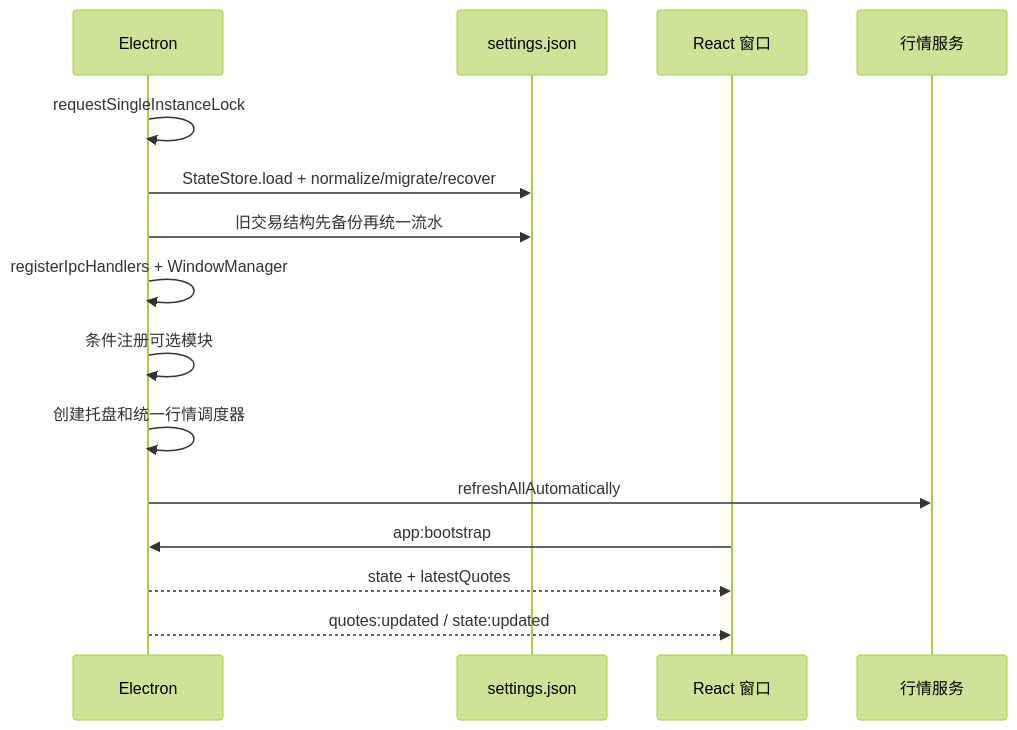
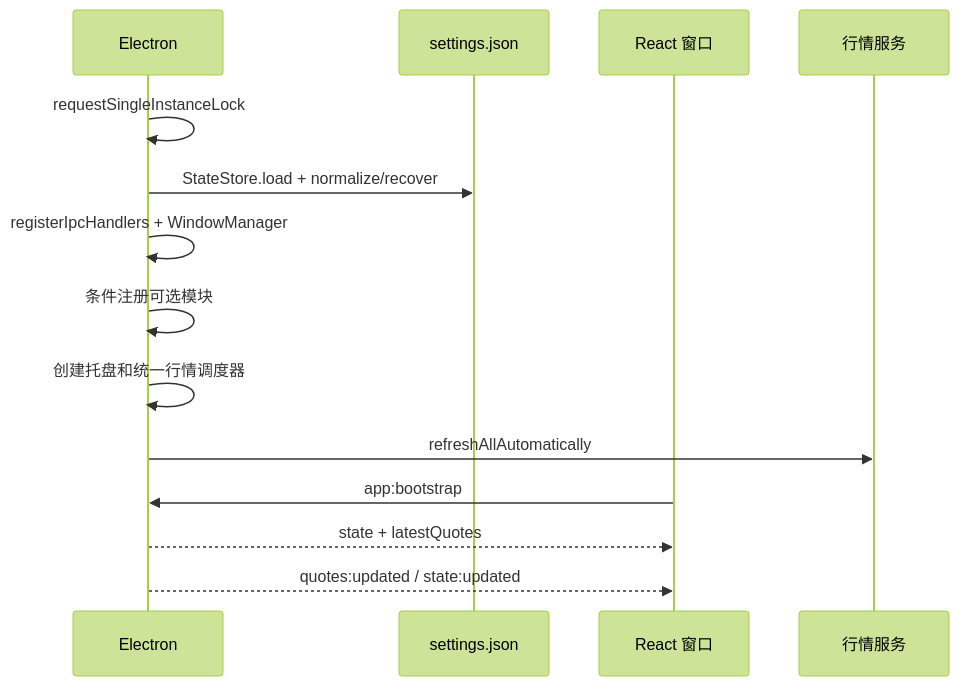
One commit to SingleOne/JianZhang changed the second of 3 diagrams in docs/wiki/01-architecture.md. Above: the diagram before and after it, drawn with Mermaid (forest theme). The commit also changed other lines of this file and 7 other files, not shown here.

````diff
--- a/docs/wiki/01-architecture.md
+++ b/docs/wiki/01-architecture.md
@@ -73,18 +73,17 @@
 ```mermaid
 sequenceDiagram
     participant E as Electron
     participant S as settings.json
     participant W as React 窗口
     participant M as 行情服务
 
     E->>E: requestSingleInstanceLock
-    E->>S: StateStore.load + normalize/migrate/recover
-    E->>S: 旧交易结构先备份再统一流水
+    E->>S: StateStore.load + normalize/recover
     E->>E: registerIpcHandlers + WindowManager
     E->>E: 条件注册可选模块
     E->>E: 创建托盘和统一行情调度器
     E->>M: refreshAllAutomatically
     W->>E: app:bootstrap
     E-->>W: state + latestQuotes
     E-->>W: quotes:updated / state:updated
 ```
````
